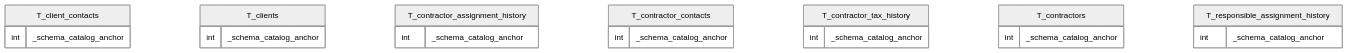
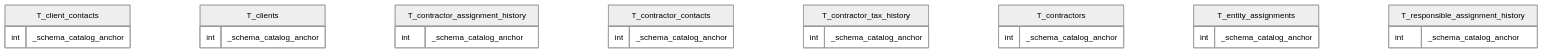
The third of 9 diagrams in docs/database/TENANT_ERD.md (caymanlogistic-crypto/erp-planex-ci), drawn with Mermaid (neutral theme) before and after one commit. The commit also changed other lines of this file and 54 other files, not shown here.

````diff
--- a/docs/database/TENANT_ERD.md
+++ b/docs/database/TENANT_ERD.md
@@ -40,24 +40,27 @@
 ```mermaid
 erDiagram
   T_client_contacts {
     int _schema_catalog_anchor
   }
   T_clients {
     int _schema_catalog_anchor
   }
   T_contractor_assignment_history {
     int _schema_catalog_anchor
   }
   T_contractor_contacts {
     int _schema_catalog_anchor
   }
   T_contractor_tax_history {
     int _schema_catalog_anchor
   }
   T_contractors {
     int _schema_catalog_anchor
   }
+  T_entity_assignments {
+    int _schema_catalog_anchor
+  }
   T_responsible_assignment_history {
     int _schema_catalog_anchor
   }
 ```
````
